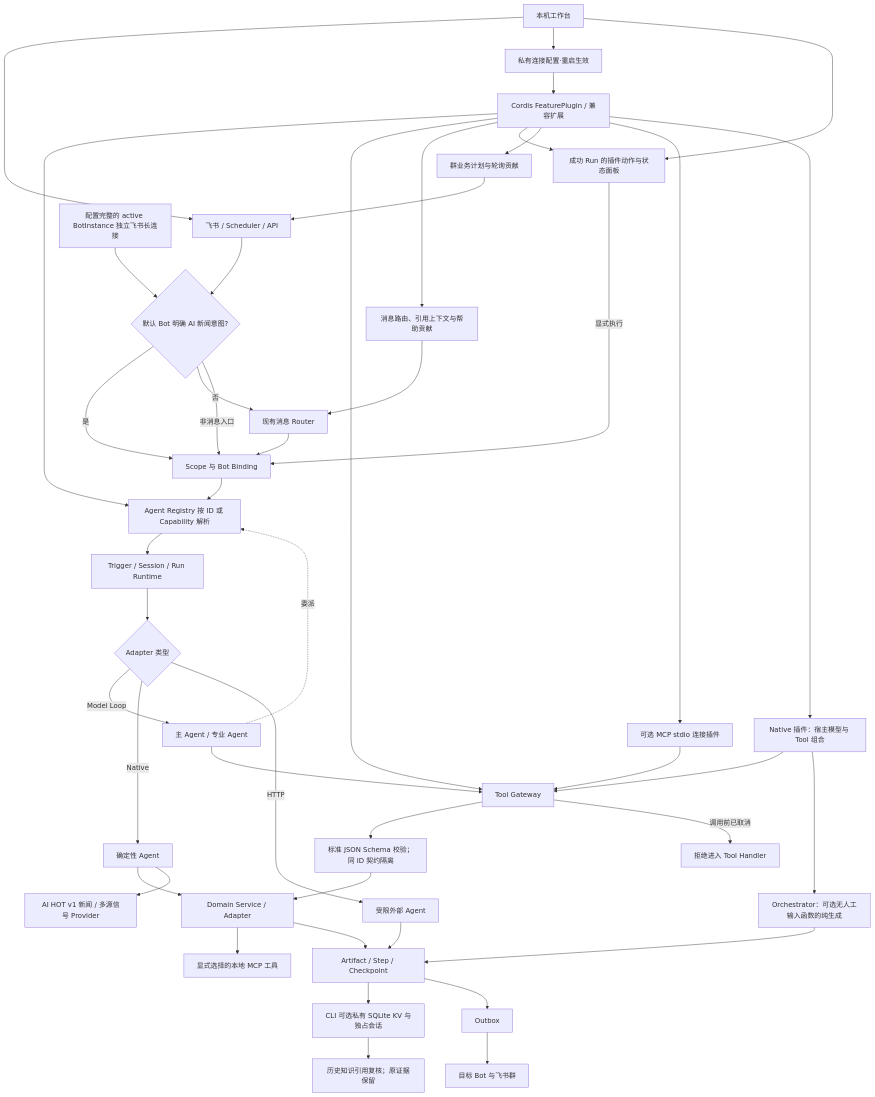
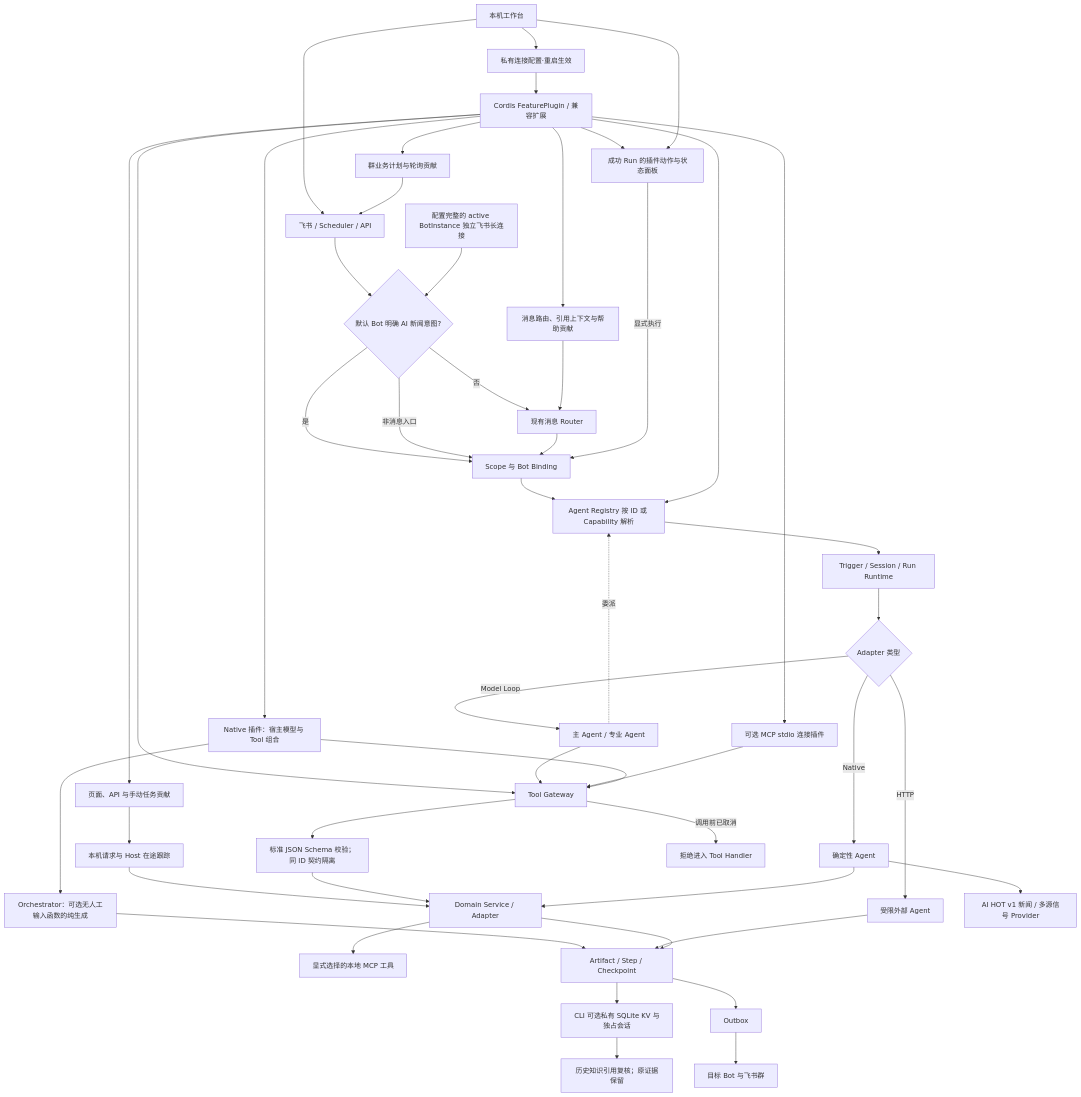
One commit to KlayPeter/AI-Delivery-Ops-Agent changed the diagram in backend/src/platform/FEATURE.md. Above: the diagram before and after it, drawn with Mermaid. The commit also changed other lines of this file and 39 other files, not shown here.

````diff
--- a/backend/src/platform/FEATURE.md
+++ b/backend/src/platform/FEATURE.md
@@ -29,47 +29,50 @@
 ```mermaid
 flowchart TD
     UI[本机工作台] --> A
     UI --> LC[私有连接配置·重启生效]
     LC --> X
     A["飞书 / Scheduler / API"] --> R{"默认 Bot 明确 AI 新闻意图?"}
     R -- "是" --> B["Scope 与 Bot Binding"]
     R -- "否" --> Q["现有消息 Router"]
     R -- "非消息入口" --> B
     Q --> B
     B --> C["Agent Registry 按 ID 或 Capability 解析"]
     X["Cordis FeaturePlugin / 兼容扩展"] --> C
     X --> I["Tool / Skill / Adapter 注册"]
     X --> MR["消息路由、引用上下文与帮助贡献"]
     MR --> Q
+    X --> WEB[页面、API 与手动任务贡献]
+    WEB --> WREQ[本机请求与 Host 在途跟踪]
+    WREQ --> J
     X --> RA[成功 Run 的插件动作与状态面板]
     UI --> RA
     RA -- 显式执行 --> B
     X --> SJ[群业务计划与轮询贡献]
     SJ --> A
     C --> D["Trigger / Session / Run Runtime"]
     D --> E{"Adapter 类型"}
     E -- Model Loop --> F["主 Agent / 专业 Agent"]
     E -- Native --> G["确定性 Agent"]
     E -- HTTP --> H["受限外部 Agent"]
     F --> I["Tool Gateway"]
     F -. 委派 .-> C
     I --> SV[标准 JSON Schema 校验；同 ID 契约隔离]
     SV --> J["Domain Service / Adapter"]
     X --> MCP[可选 MCP stdio 连接插件]
     MCP --> I
     J --> MS[显式选择的本地 MCP 工具]
     I -- "调用前已取消" --> XC["拒绝进入 Tool Handler"]
     X --> NP["Native 插件：宿主模型与 Tool 组合"]
     NP --> I
     NP --> OM["Orchestrator：可选无人工输入函数的纯生成"]
     OM --> K
     G --> J
     H --> K["Artifact / Step / Checkpoint"]
     K --> LS[CLI 可选私有 SQLite KV 与独占会话]
     LS --> IR[历史知识引用复核；原证据保留]
     J --> K
     K --> L["Outbox"]
     L --> M["目标 Bot 与飞书群"]
     N["配置完整的 active BotInstance 独立飞书长连接"] --> R
     G --> O["AI HOT v1 新闻 / 多源信号 Provider"]
 ```
````
